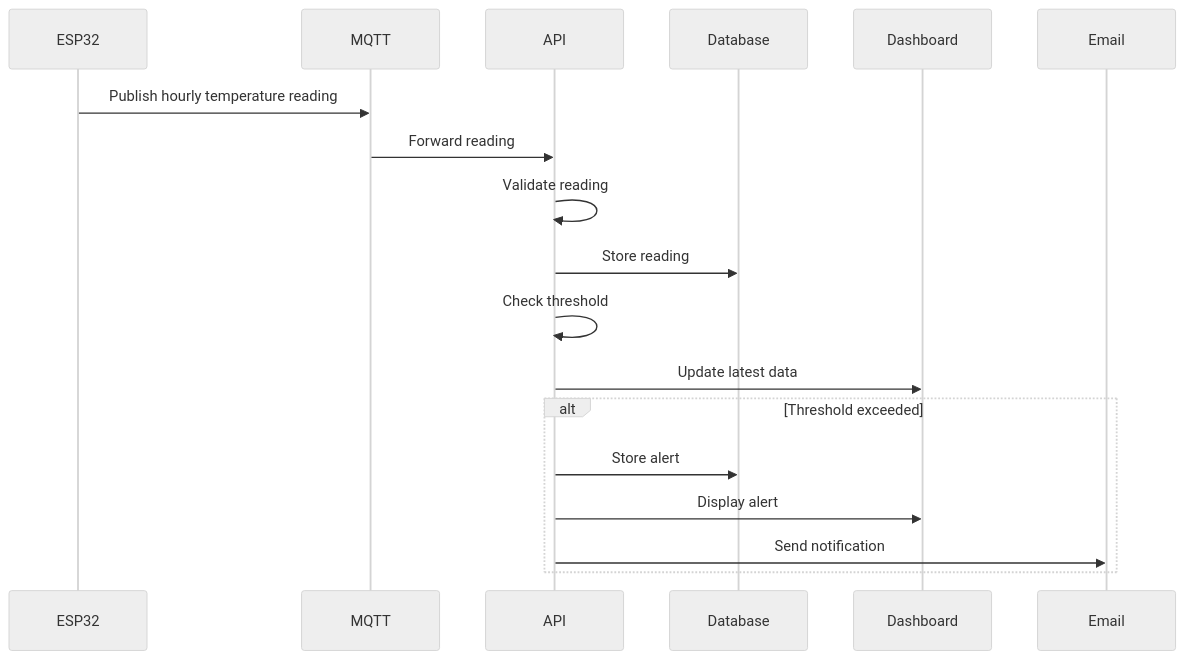
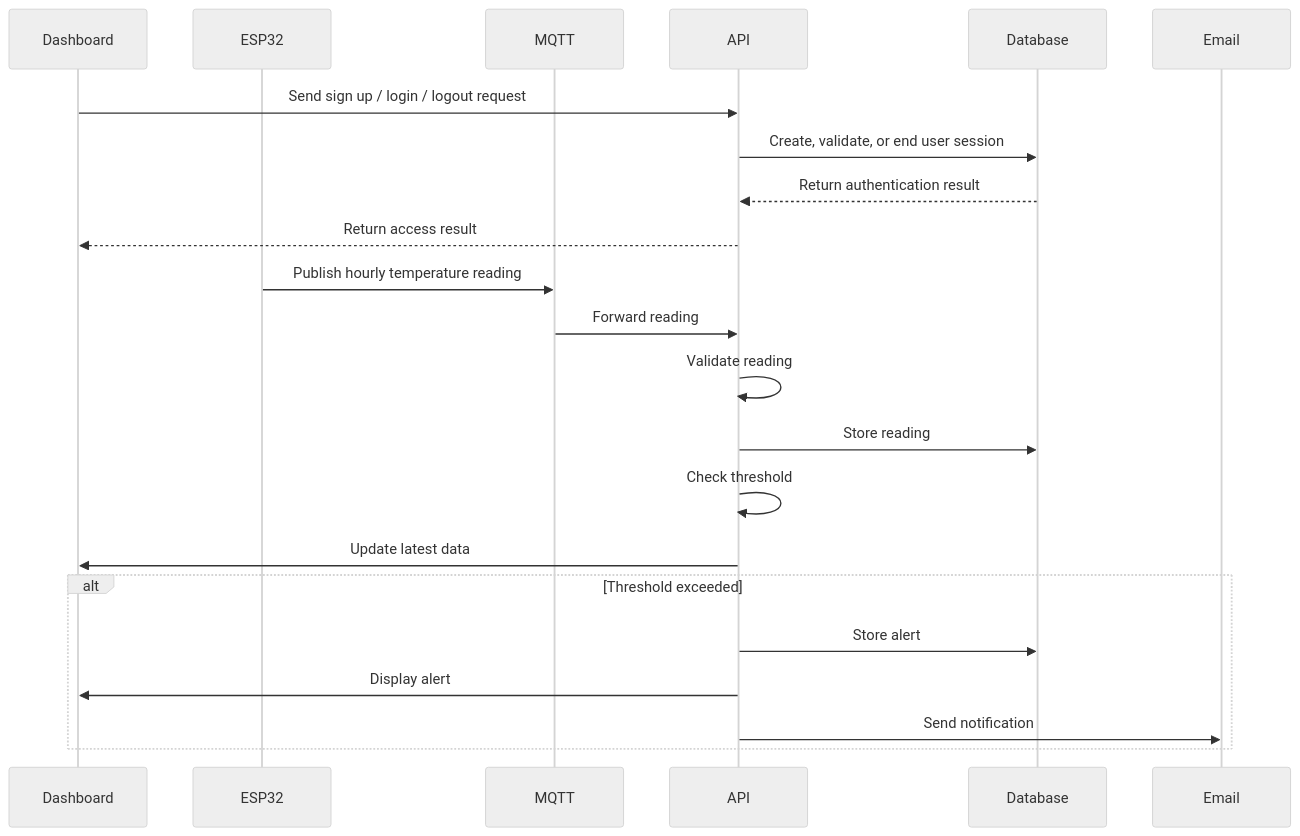
Before and after one commit to rabea14180-max/Portfolio-Project: the second of 2 diagrams in Stage 3/4. Document External and Internal APIs/API Documentation.md, drawn with Mermaid (neutral theme). The commit also changed other lines of this file, not shown here.

First line of the commit message:
Revise API documentation for clarity and completeness

````diff
--- a/Stage 3/4. Document External and Internal APIs/API Documentation.md
+++ b/Stage 3/4. Document External and Internal APIs/API Documentation.md
@@ -78,22 +84,27 @@
 ```mermaid
 sequenceDiagram
+    participant Dashboard
     participant ESP32
     participant MQTT
     participant API
     participant Database
-    participant Dashboard
     participant Email
+
+    Dashboard->>API: Send sign up / login / logout request
+    API->>Database: Create, validate, or end user session
+    Database-->>API: Return authentication result
+    API-->>Dashboard: Return access result
 
     ESP32->>MQTT: Publish hourly temperature reading
     MQTT->>API: Forward reading
     API->>API: Validate reading
     API->>Database: Store reading
     API->>API: Check threshold
     API->>Dashboard: Update latest data
 
     alt Threshold exceeded
         API->>Database: Store alert
         API->>Dashboard: Display alert
         API->>Email: Send notification
     end
 ```
````
